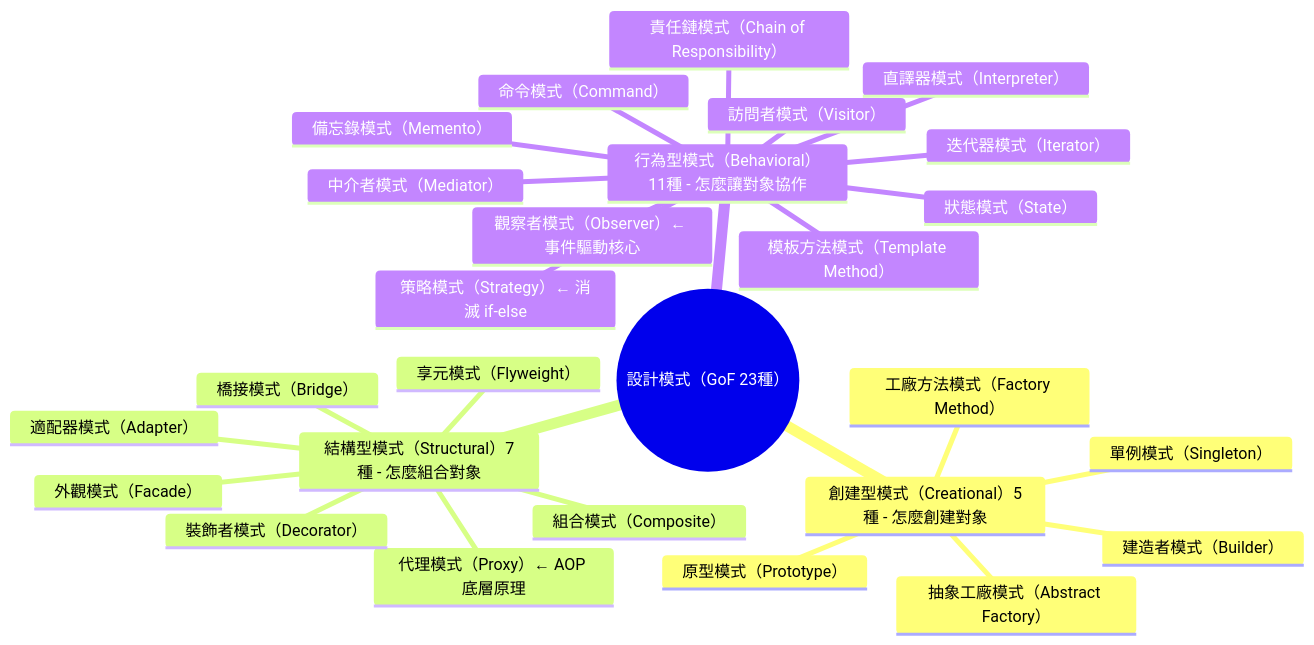
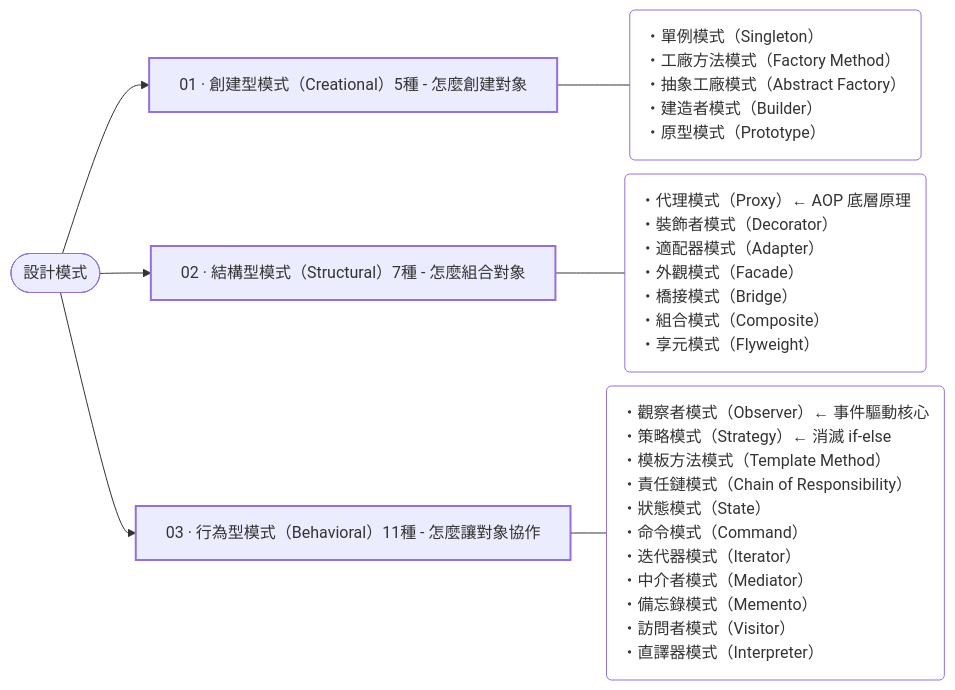
The diagram in docs/architecture/design-pattern/index.md (AnthonyFuFu/StudyNotes), drawn with Mermaid before and after one commit. The commit also changed 43 other files, not shown here.

````diff
--- a/docs/architecture/design-pattern/index.md
+++ b/docs/architecture/design-pattern/index.md
@@ -13,30 +13,21 @@
 ``` mermaid
-mindmap
-  root((設計模式（GoF 23種）))
-    創建型模式（Creational）5種 - 怎麼創建對象
-      單例模式（Singleton）
-      工廠方法模式（Factory Method）
-      抽象工廠模式（Abstract Factory）
-      建造者模式（Builder）
-      原型模式（Prototype）
-    結構型模式（Structural）7種 - 怎麼組合對象
-      代理模式（Proxy）← AOP 底層原理
-      裝飾者模式（Decorator）
-      適配器模式（Adapter）
-      外觀模式（Facade）
-      橋接模式（Bridge）
-      組合模式（Composite）
-      享元模式（Flyweight）
-    行為型模式（Behavioral）11種 - 怎麼讓對象協作
-      觀察者模式（Observer）← 事件驅動核心
-      策略模式（Strategy）← 消滅 if-else
-      模板方法模式（Template Method）
-      責任鏈模式（Chain of Responsibility）
-      狀態模式（State）
-      命令模式（Command）
-      迭代器模式（Iterator）
-      中介者模式（Mediator）
-      備忘錄模式（Memento）
-      訪問者模式（Visitor）
-      直譯器模式（Interpreter）
+%%{init: {"flowchart": {"nodeSpacing": 14, "rankSpacing": 36, "wrappingWidth": 420}}}%%
+flowchart LR
+    R(["設計模式"])
+    c0["01 · 創建型模式（Creational）5種 - 怎麼創建對象"]
+    R --> c0
+    p0("・單例模式（Singleton）<br>・工廠方法模式（Factory Method）<br>・抽象工廠模式（Abstract Factory）<br>・建造者模式（Builder）<br>・原型模式（Prototype）")
+    c0 --- p0
+    c1["02 · 結構型模式（Structural）7種 - 怎麼組合對象"]
+    R --> c1
+    p1("・代理模式（Proxy）← AOP 底層原理<br>・裝飾者模式（Decorator）<br>・適配器模式（Adapter）<br>・外觀模式（Facade）<br>・橋接模式（Bridge）<br>・組合模式（Composite）<br>・享元模式（Flyweight）")
+    c1 --- p1
+    c2["03 · 行為型模式（Behavioral）11種 - 怎麼讓對象協作"]
+    R --> c2
+    p2("・觀察者模式（Observer）← 事件驅動核心<br>・策略模式（Strategy）← 消滅 if-else<br>・模板方法模式（Template Method）<br>・責任鏈模式（Chain of Responsibility）<br>・狀態模式（State）<br>・命令模式（Command）<br>・迭代器模式（Iterator）<br>・中介者模式（Mediator）<br>・備忘錄模式（Memento）<br>・訪問者模式（Visitor）<br>・直譯器模式（Interpreter）")
+    c2 --- p2
+    classDef chapter stroke-width:2px
+    classDef points fill:transparent,text-align:left
+    class c0,c1,c2 chapter
+    class p0,p1,p2 points
 ```
````
